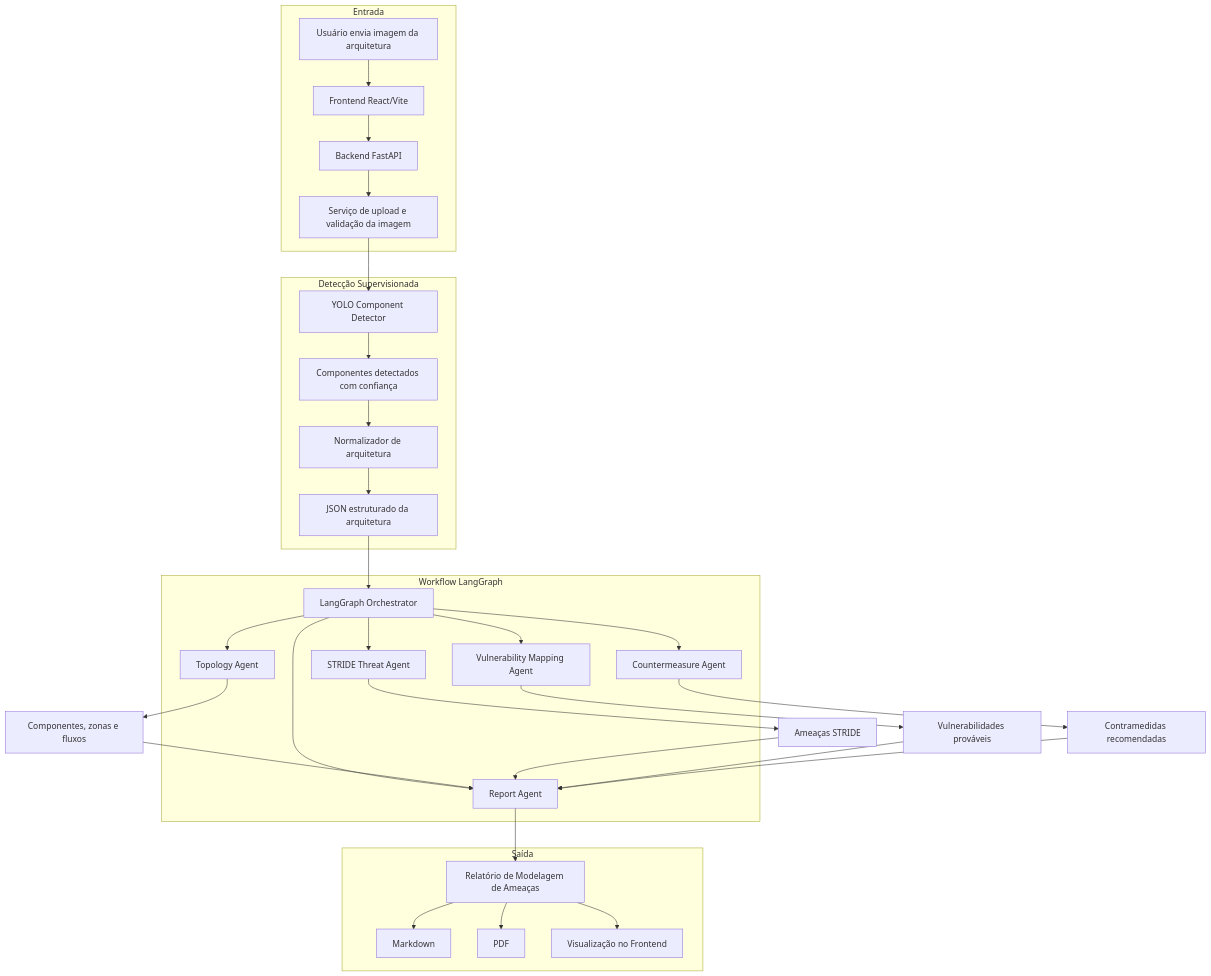
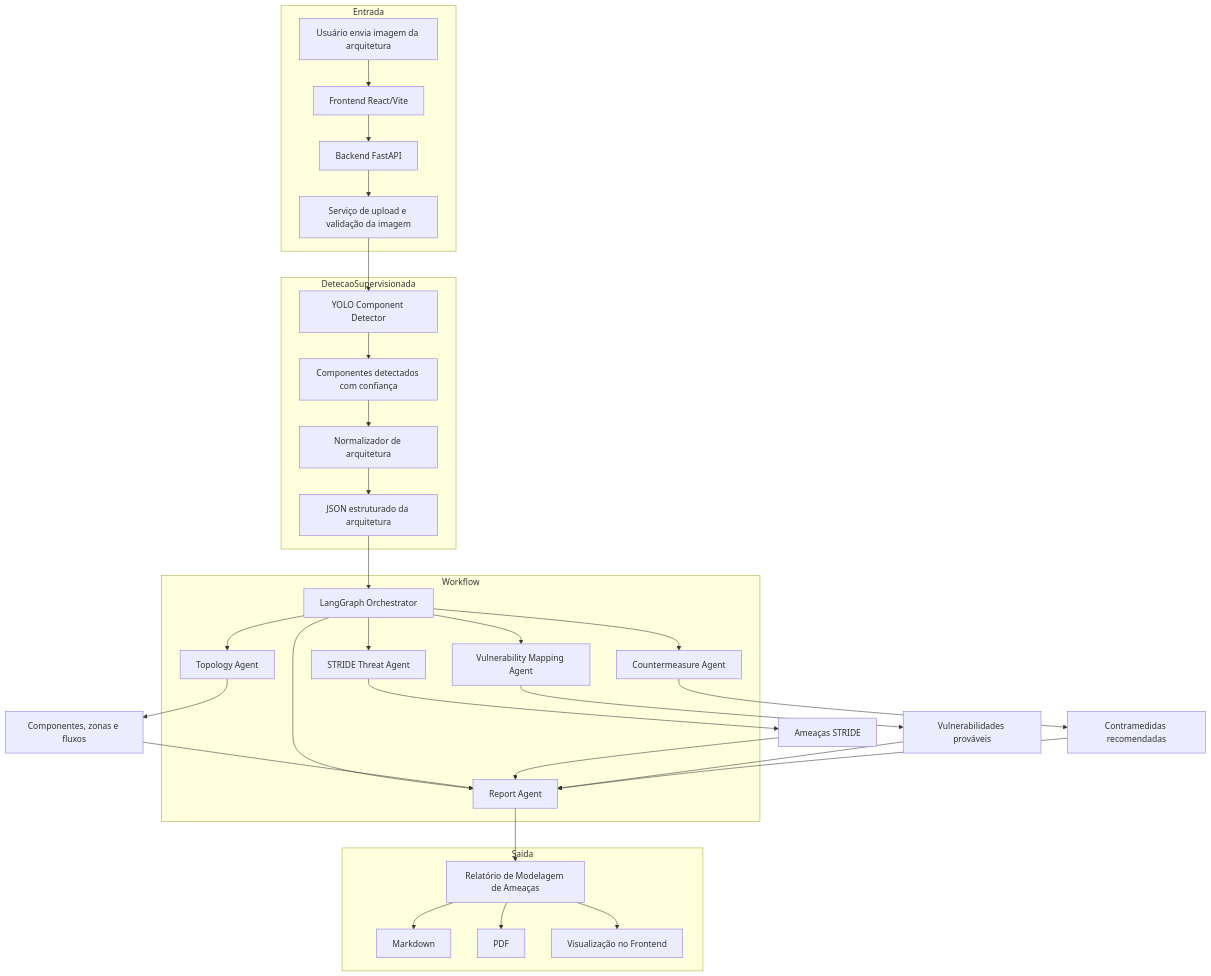
One commit to marinaslucas/fiap-tech-challenge-fase-5 changed the diagram in mermaid_projeto.md. Above: the diagram before and after it, drawn with Mermaid.

````diff
--- a/mermaid_projeto.md
+++ b/mermaid_projeto.md
@@ -1,64 +1,64 @@
 ```mermaid
 flowchart TD
     A[Usuário envia imagem da arquitetura] --> B[Frontend React/Vite]
     B --> C[Backend FastAPI]
     C --> D[Serviço de upload e validação da imagem]
 
     D --> E[YOLO Component Detector]
     E --> F[Componentes detectados com confiança]
     F --> G[Normalizador de arquitetura]
     G --> H[JSON estruturado da arquitetura]
 
     H --> I[LangGraph Orchestrator]
 
     I --> J[Topology Agent]
     I --> K[STRIDE Threat Agent]
     I --> L[Vulnerability Mapping Agent]
     I --> M[Countermeasure Agent]
     I --> N[Report Agent]
 
     J --> O[Componentes, zonas e fluxos]
     K --> P[Ameaças STRIDE]
     L --> Q[Vulnerabilidades prováveis]
     M --> R[Contramedidas recomendadas]
 
     O --> N
     P --> N
     Q --> N
     R --> N
 
     N --> S[Relatório de Modelagem de Ameaças]
     S --> T[Markdown]
     S --> U[PDF]
     S --> V[Visualização no Frontend]
 
     subgraph Entrada
         A
         B
         C
         D
     end
 
-    subgraph Detecção Supervisionada
+    subgraph DetecaoSupervisionada
         E
         F
         G
         H
     end
 
-    subgraph Workflow LangGraph
+    subgraph Workflow
         I
         J
         K
         L
         M
         N
     end
 
-    subgraph Saída
+    subgraph Saida
         S
         T
         U
         V
     end
 ```
````
